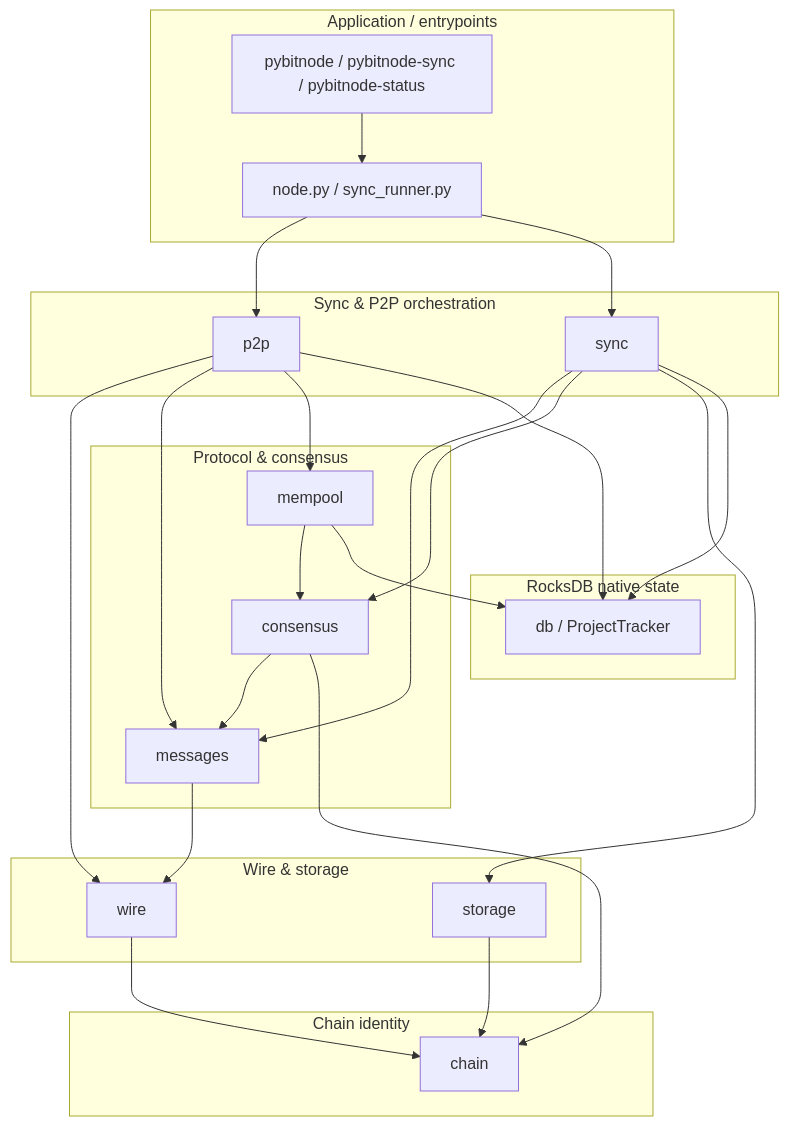
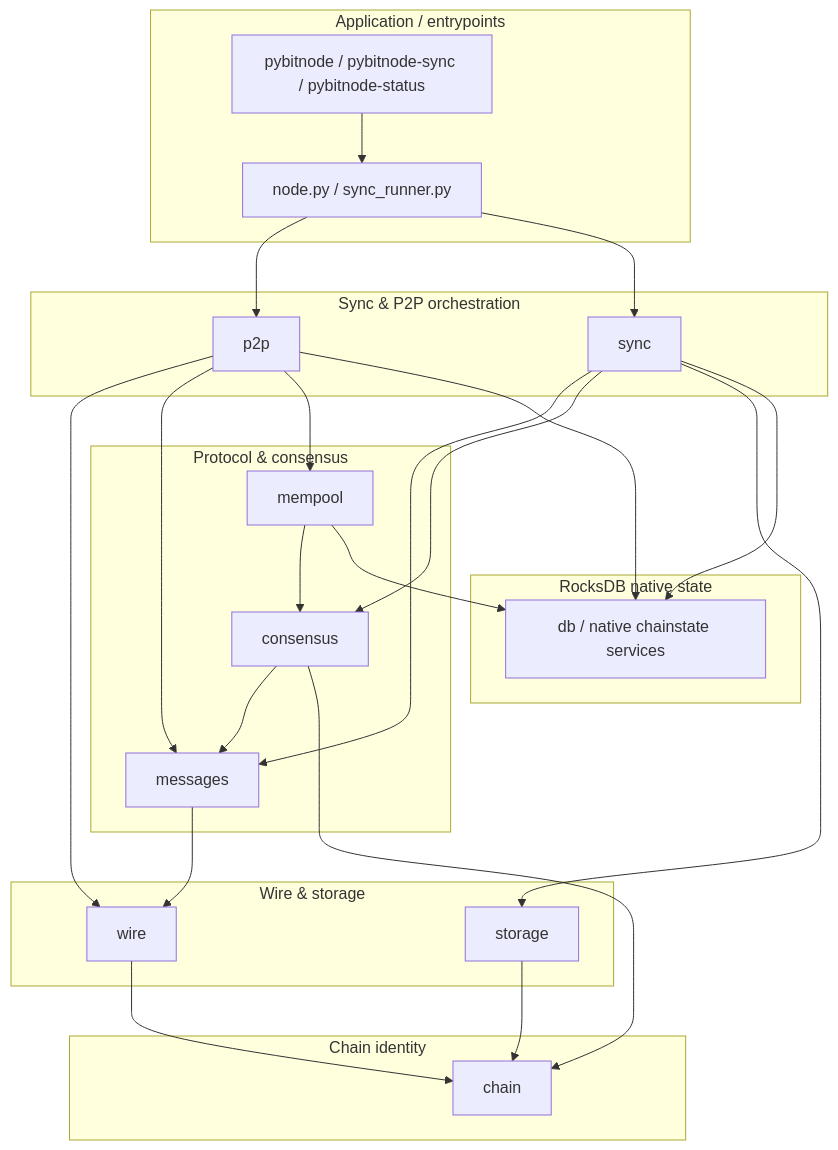
One commit to donavonguyot/rosetta-bitcoin changed the diagram in Nodes/Python/docs/ARCHITECTURE.md. Above: the diagram before and after it, drawn with Mermaid. The commit also changed other lines of this file and 22 other files, not shown here.

````diff
--- a/Nodes/Python/docs/ARCHITECTURE.md
+++ b/Nodes/Python/docs/ARCHITECTURE.md
@@ -9,50 +9,50 @@
 ```mermaid
 flowchart TB
     subgraph app["Application / entrypoints"]
         CLI[pybitnode / pybitnode-sync / pybitnode-status]
         Node[node.py / sync_runner.py]
     end
 
     subgraph sync_p2p["Sync & P2P orchestration"]
         P2P[p2p]
         Sync[sync]
     end
 
     subgraph domain["Protocol & consensus"]
         Msg[messages]
         Cons[consensus]
         Mpool[mempool]
     end
 
     subgraph io["Wire & storage"]
         Wire[wire]
         Sto[storage]
     end
 
     subgraph params["Chain identity"]
         Chain[chain]
     end
 
     subgraph persist["RocksDB native state"]
-        DB[db / ProjectTracker]
+        State[db / native chainstate services]
     end
 
     CLI --> Node
     Node --> P2P
     Node --> Sync
     P2P --> Wire
     P2P --> Msg
     Sync --> Msg
     Sync --> Cons
     Sync --> Sto
     P2P --> Mpool
     Mpool --> Cons
-    Mpool --> DB
-    Sync --> DB
-    P2P --> DB
+    Mpool --> State
+    Sync --> State
+    P2P --> State
     Msg --> Wire
     Cons --> Msg
     Cons --> Chain
     Sto --> Chain
     Wire --> Chain
 ```
````
